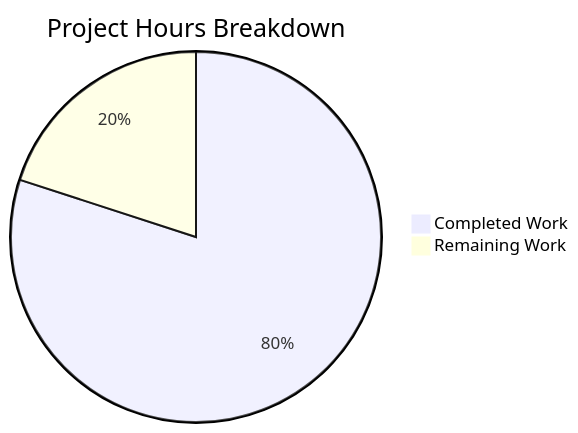
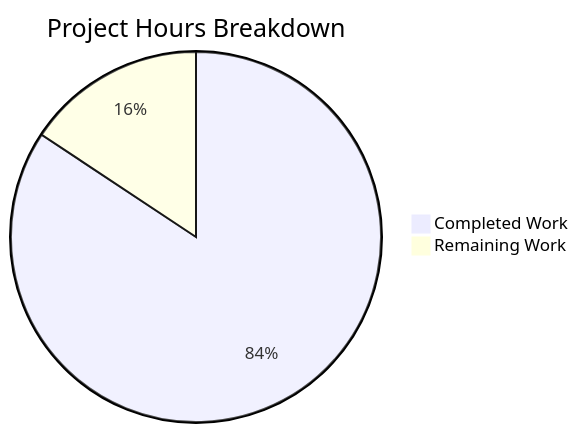
Before and after one commit to Blitzy-Sandbox/blitzy-cal: the second of 4 diagrams in docs/project-guide.md, drawn with Mermaid. The commit also changed other lines of this file, not shown here.

````diff
--- a/docs/project-guide.md
+++ b/docs/project-guide.md
@@ -200,5 +210,5 @@
 ```mermaid
 pie title Project Hours Breakdown
-    "Completed Work" : 32
-    "Remaining Work" : 8
+    "Completed Work" : 258
+    "Remaining Work" : 48
 ```
````
